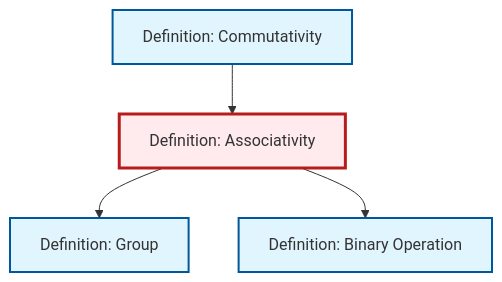
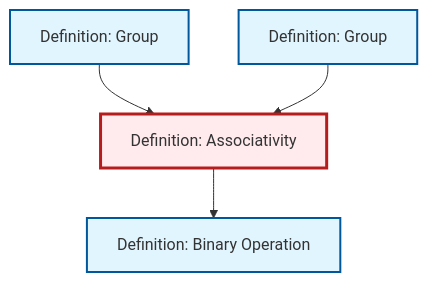
Before and after one commit to RK0429/ModernMath: the diagram in content/en/algebra/def-associativity.qmd, drawn with Mermaid. The commit also changed 511 other files, not shown here.

````diff
--- a/content/en/algebra/def-associativity.qmd
+++ b/content/en/algebra/def-associativity.qmd
@@ -88,21 +88,17 @@
 ```{mermaid}
 %%| fig-cap: "Local dependency graph"
 graph TD
     classDef definition fill:#e1f5fe,stroke:#01579b,stroke-width:2px
     classDef theorem fill:#f3e5f5,stroke:#4a148c,stroke-width:2px
     classDef axiom fill:#fff3e0,stroke:#e65100,stroke-width:2px
     classDef example fill:#e8f5e9,stroke:#1b5e20,stroke-width:2px
     classDef current fill:#ffebee,stroke:#b71c1c,stroke-width:3px
     def-group["Definition: Group"]:::definition
+    def-group-example["Definition: Group"]:::definition
+    def-associativity["Definition: Associativity"]:::definition
     def-binary-operation["Definition: Binary Operation"]:::definition
-    def-associativity["Definition: Associativity"]:::definition
-    def-commutativity["Definition: Commutativity"]:::definition
-    def-commutativity --> def-associativity
-    def-associativity --> def-group
     def-associativity --> def-binary-operation
+    def-group-example --> def-associativity
+    def-group --> def-associativity
     class def-associativity current
-
-    click def-group "def-group.html" "Go to Group definition"
-    click def-binary-operation "def-binary-operation.html" "Go to Binary Operation definition"
-    click def-commutativity "def-commutativity.html" "Go to Commutativity definition"
 ```
````
